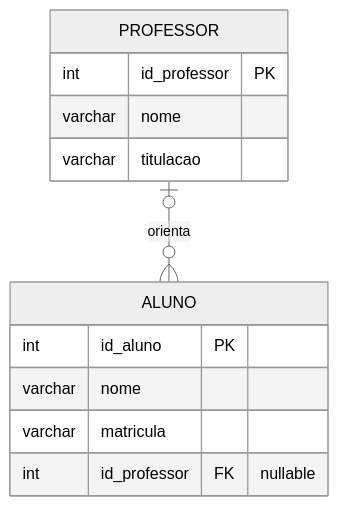
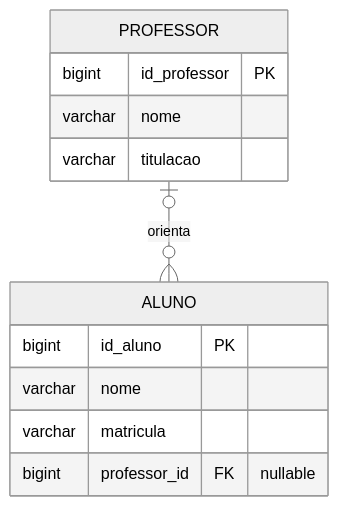
Before and after one commit to DSM-Fatec-Jahu/Banco-de-Dados-Relacional-IBD015: diagram 12 of 12 in aulas/Cardinalidade_MER_Completo.md, drawn with Mermaid (neutral theme). The commit also changed other lines of this file and 13 other files, not shown here.

````diff
--- a/aulas/Cardinalidade_MER_Completo.md
+++ b/aulas/Cardinalidade_MER_Completo.md
@@ -584,17 +584,17 @@
 ```mermaid
 erDiagram
     PROFESSOR {
-        int id_professor PK
+        bigint id_professor PK
         varchar nome
         varchar titulacao
     }
 
     ALUNO {
-        int id_aluno PK
+        bigint id_aluno PK
         varchar nome
         varchar matricula
-        int id_professor FK "nullable"
+        bigint professor_id FK "nullable"
     }
 
     PROFESSOR |o--o{ ALUNO : "orienta"
 ```
````
